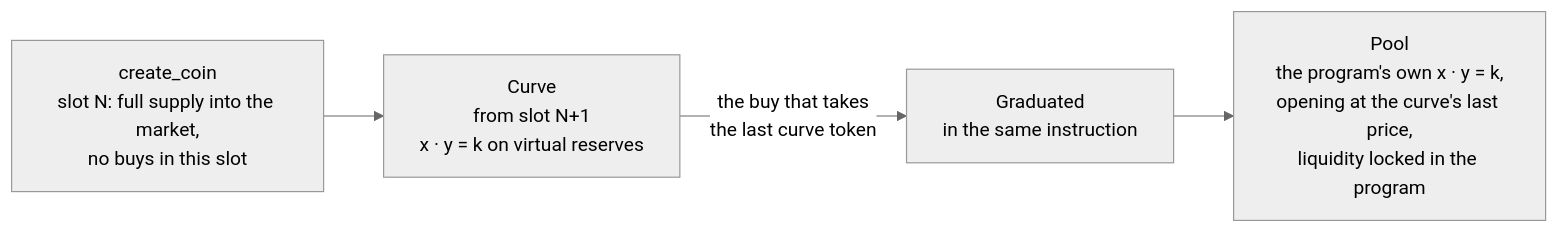
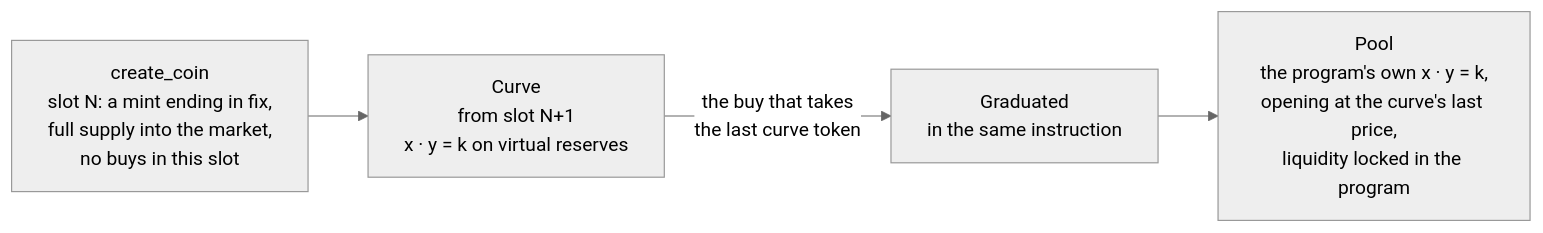
The first of 2 diagrams in README.md (fixtheonchain/fix-solana), drawn with Mermaid (neutral theme) before and after one commit. The commit also changed other lines of this file and 16 other files, not shown here.

````diff
--- a/README.md
+++ b/README.md
@@ -20,7 +21,7 @@
 ```mermaid
 flowchart LR
-    C["create_coin<br/>slot N: full supply into the market,<br/>no buys in this slot"] --> CV
+    C["create_coin<br/>slot N: a mint ending in fix,<br/>full supply into the market,<br/>no buys in this slot"] --> CV
     CV["Curve<br/>from slot N+1<br/>x · y = k on virtual reserves"] -->|"the buy that takes<br/>the last curve token"| G
     G["Graduated<br/>in the same instruction"] --> P
     P["Pool<br/>the program's own x · y = k,<br/>opening at the curve's last price,<br/>liquidity locked in the program"]
 ```
````
